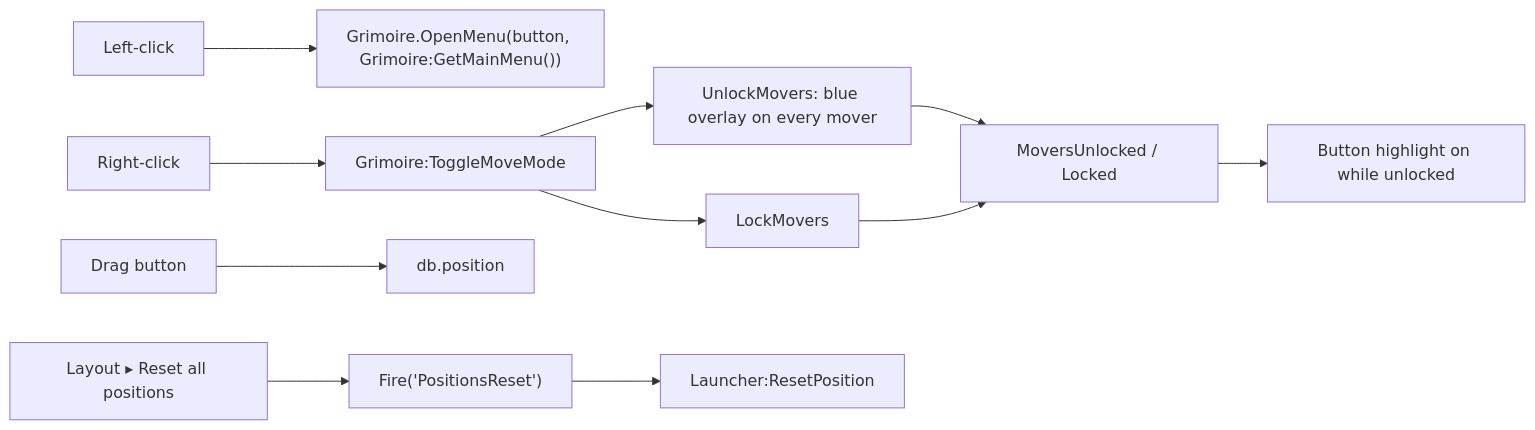
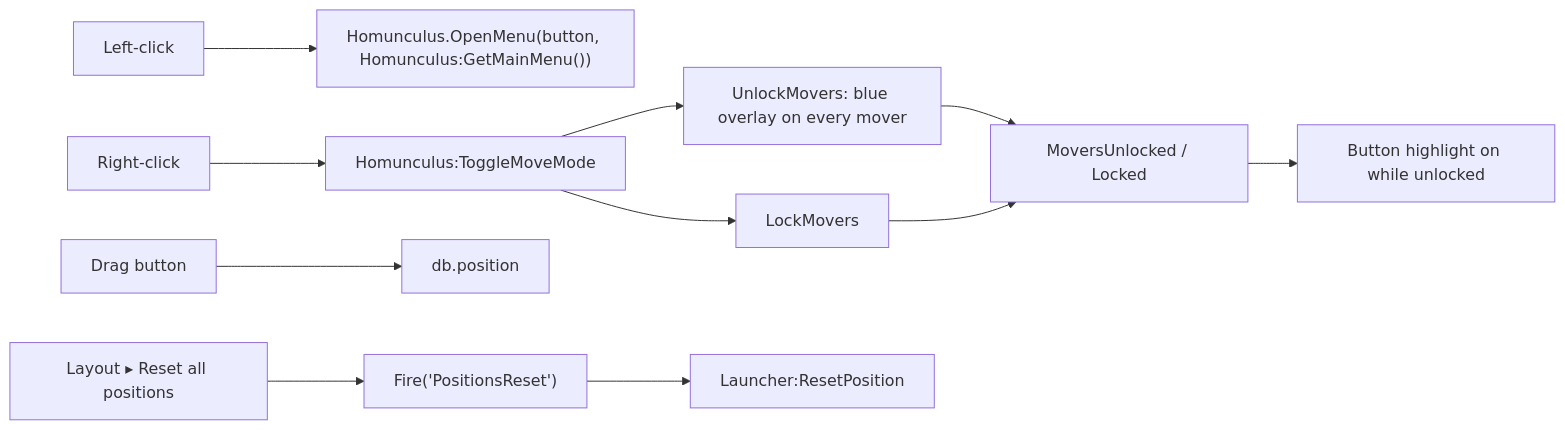
One commit to PhillypHenning/grimoire changed the second of 2 diagrams in docs/features/launcher/README.md. Above: the diagram before and after it, drawn with Mermaid. The commit also changed other lines of this file and 178 other files, not shown here.

First line of the commit message:
Rename the suite from Grimoire to Homunculus (ADR 0010)

````diff
--- a/docs/features/launcher/README.md
+++ b/docs/features/launcher/README.md
@@ -24,9 +24,9 @@
 ```mermaid
 flowchart LR
-    L[Left-click] --> Menu["Grimoire.OpenMenu(button, Grimoire:GetMainMenu())"]
-    R[Right-click] --> T[Grimoire:ToggleMoveMode]
+    L[Left-click] --> Menu["Homunculus.OpenMenu(button, Homunculus:GetMainMenu())"]
+    R[Right-click] --> T[Homunculus:ToggleMoveMode]
     T --> U[UnlockMovers: blue overlay on every mover] & K[LockMovers]
     D[Drag button] --> S["db.position"]
     U & K --> CB[MoversUnlocked / Locked] --> H[Button highlight on while unlocked]
     PR["Layout ▸ Reset all positions"] --> F["Fire('PositionsReset')"] --> RP[Launcher:ResetPosition]
 ```
````
